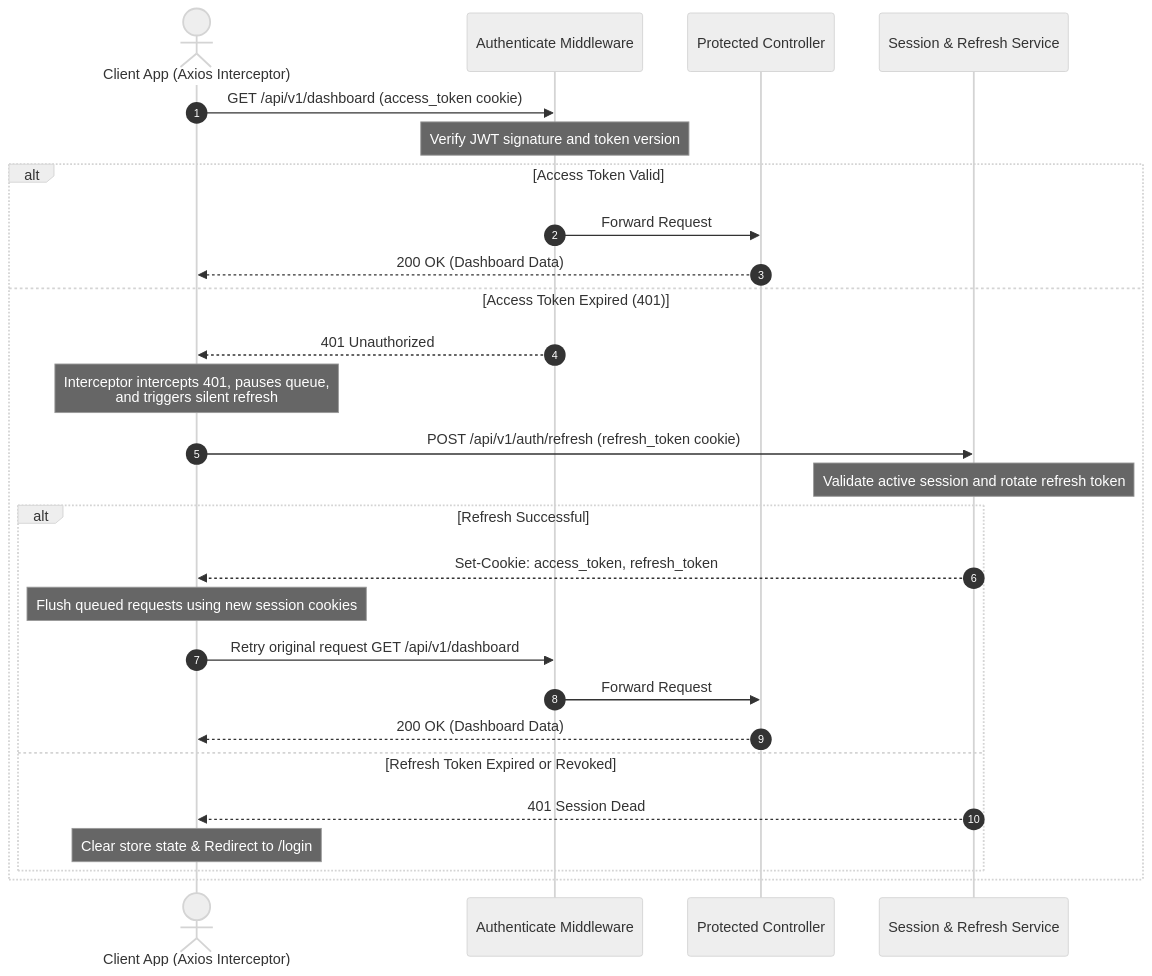
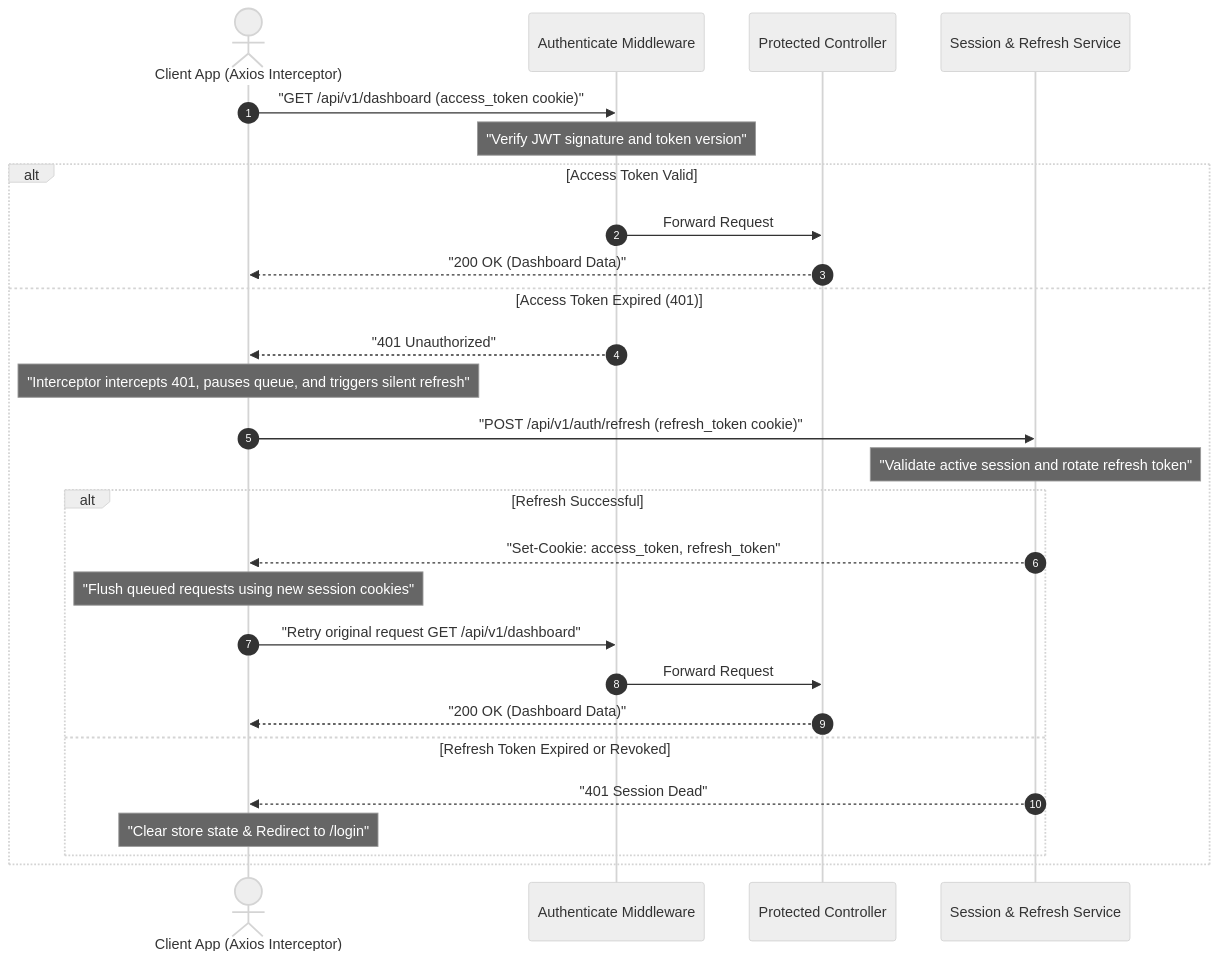
The third of 4 diagrams in README.md (Rishisharma029/carbonIQ), drawn with Mermaid (neutral theme) before and after one commit. The commit also changed other lines of this file, not shown here.

Commit message:
Fix mermaid sequence diagram syntax by quoting labels containing semicolons

````diff
--- a/README.md
+++ b/README.md
@@ -85,30 +85,30 @@
 ```mermaid
 sequenceDiagram
     autonumber
     actor Client as Client App (Axios Interceptor)
     participant Auth as Authenticate Middleware
     participant Route as Protected Controller
     participant Session as Session & Refresh Service
 
-    Client->>Auth: GET /api/v1/dashboard (access_token cookie)
-    Note over Auth: Verify JWT signature and token version
+    Client->>Auth: "GET /api/v1/dashboard (access_token cookie)"
+    Note over Auth: "Verify JWT signature and token version"
     alt Access Token Valid
         Auth->>Route: Forward Request
-        Route-->>Client: 200 OK (Dashboard Data)
+        Route-->>Client: "200 OK (Dashboard Data)"
     else Access Token Expired (401)
-        Auth-->>Client: 401 Unauthorized
-        Note over Client: Interceptor intercepts 401, pauses queue,<br/>and triggers silent refresh
-        Client->>Session: POST /api/v1/auth/refresh (refresh_token cookie)
-        Note over Session: Validate active session and rotate refresh token
+        Auth-->>Client: "401 Unauthorized"
+        Note over Client: "Interceptor intercepts 401, pauses queue, and triggers silent refresh"
+        Client->>Session: "POST /api/v1/auth/refresh (refresh_token cookie)"
+        Note over Session: "Validate active session and rotate refresh token"
         alt Refresh Successful
-            Session-->>Client: Set-Cookie: access_token, refresh_token
-            Note over Client: Flush queued requests using new session cookies
-            Client->>Auth: Retry original request GET /api/v1/dashboard
+            Session-->>Client: "Set-Cookie: access_token, refresh_token"
+            Note over Client: "Flush queued requests using new session cookies"
+            Client->>Auth: "Retry original request GET /api/v1/dashboard"
             Auth->>Route: Forward Request
-            Route-->>Client: 200 OK (Dashboard Data)
+            Route-->>Client: "200 OK (Dashboard Data)"
         else Refresh Token Expired or Revoked
-            Session-->>Client: 401 Session Dead
-            Note over Client: Clear store state & Redirect to /login
+            Session-->>Client: "401 Session Dead"
+            Note over Client: "Clear store state & Redirect to /login"
         end
     end
 ```
````
